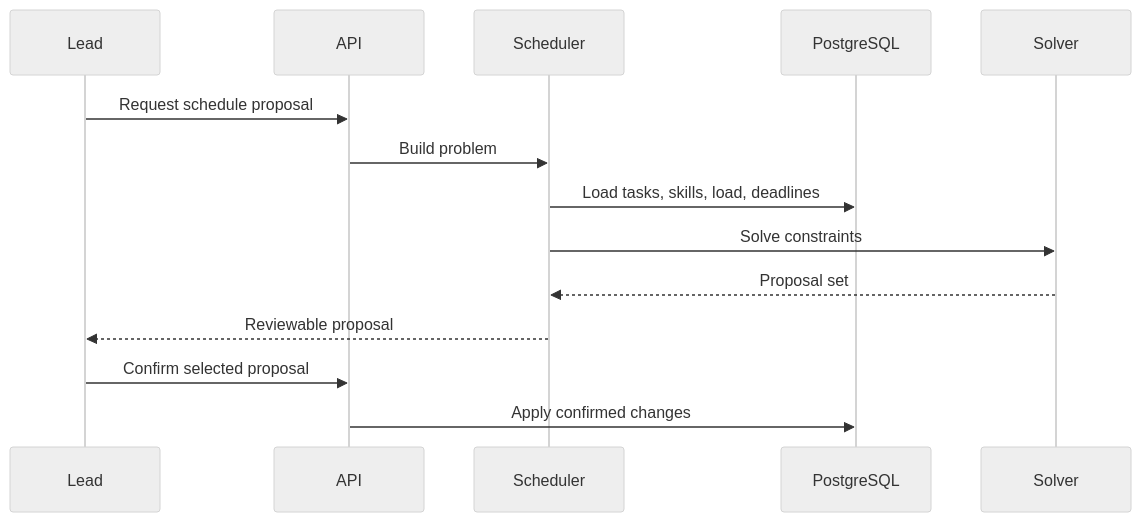
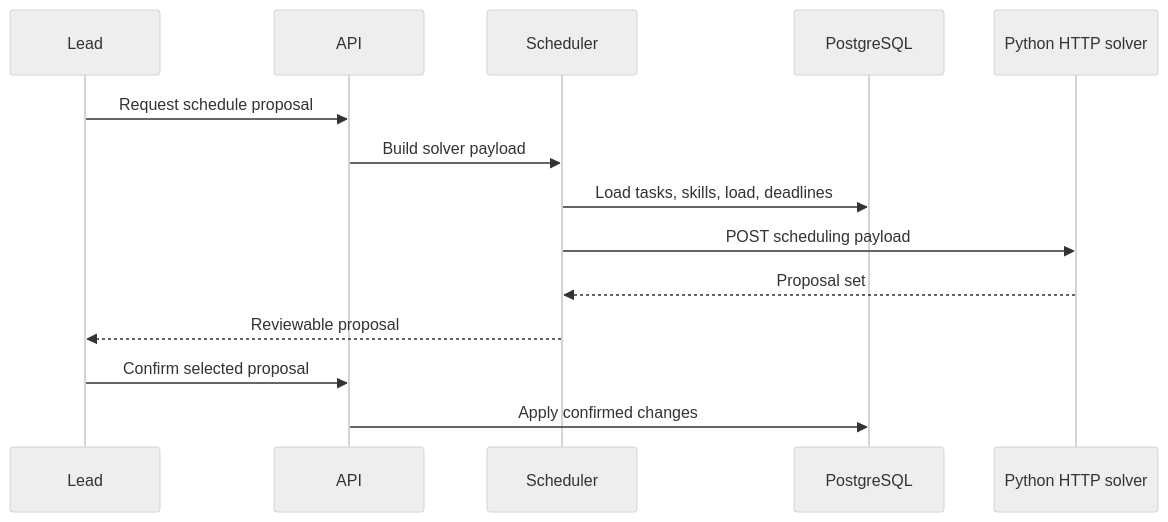
One commit to advxolltm/stride changed the sixth of 7 diagrams in docs/architecture/Architecture.md. Above: the diagram before and after it, drawn with Mermaid (neutral theme). The commit also changed other lines of this file and 5 other files, not shown here.

Commit message:
feat: Architecture update ref #128

````diff
--- a/docs/architecture/Architecture.md
+++ b/docs/architecture/Architecture.md
@@ -202,17 +238,17 @@
 ```mermaid
 sequenceDiagram
     participant Lead
     participant API
     participant Scheduler
     participant DB as PostgreSQL
-    participant Solver
+    participant Solver as Python HTTP solver
 
     Lead->>API: Request schedule proposal
-    API->>Scheduler: Build problem
+    API->>Scheduler: Build solver payload
     Scheduler->>DB: Load tasks, skills, load, deadlines
-    Scheduler->>Solver: Solve constraints
+    Scheduler->>Solver: POST scheduling payload
     Solver-->>Scheduler: Proposal set
     Scheduler-->>Lead: Reviewable proposal
     Lead->>API: Confirm selected proposal
     API->>DB: Apply confirmed changes
 ```
````
